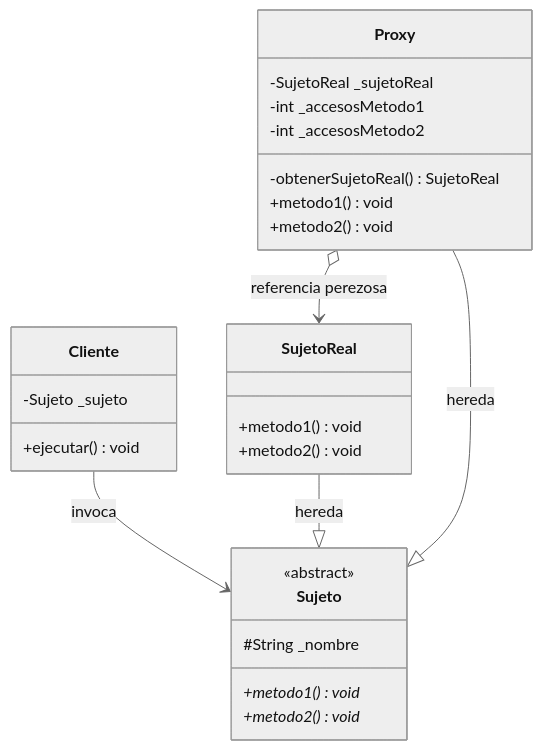
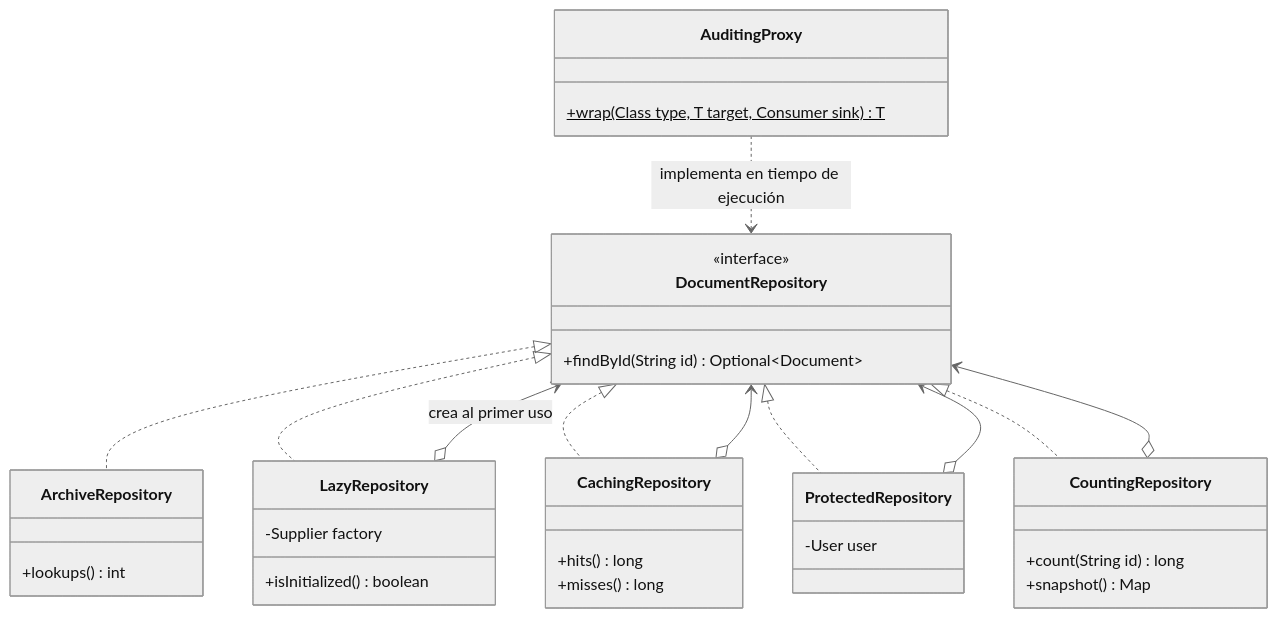
One commit to KevinAndrey96/patron-proxy changed the diagram in README.md. Above: the diagram before and after it, drawn with Mermaid (neutral theme). The commit also changed other lines of this file and 1 other file, not shown here.

````diff
--- a/README.md
+++ b/README.md
@@ -15,33 +95,38 @@
 ```mermaid
 classDiagram
-    class Sujeto {
-        <<abstract>>
-        #String _nombre
-        +metodo1()* void
-        +metodo2()* void
+    class DocumentRepository {
+        <<interface>>
+        +findById(String id) Optional~Document~
     }
-
-    class SujetoReal {
-        +metodo1() void
-        +metodo2() void
+    class ArchiveRepository {
+        +lookups() int
     }
-
-    class Proxy {
-        -SujetoReal _sujetoReal
-        -int _accesosMetodo1
-        -int _accesosMetodo2
-        -obtenerSujetoReal() SujetoReal
-        +metodo1() void
-        +metodo2() void
+    class LazyRepository {
+        -Supplier factory
+        +isInitialized() boolean
     }
-
-    class Cliente {
-        -Sujeto _sujeto
-        +ejecutar() void
+    class CachingRepository {
+        +hits() long
+        +misses() long
     }
-
-    Cliente --> Sujeto : invoca
-    SujetoReal --|> Sujeto : hereda
-    Proxy --|> Sujeto : hereda
-    Proxy o--> SujetoReal : referencia perezosa
+    class ProtectedRepository {
+        -User user
+    }
+    class CountingRepository {
+        +count(String id) long
+        +snapshot() Map
+    }
+    class AuditingProxy {
+        +wrap(Class type, T target, Consumer sink)$ T
+    }
+    DocumentRepository <|.. ArchiveRepository
+    DocumentRepository <|.. LazyRepository
+    DocumentRepository <|.. CachingRepository
+    DocumentRepository <|.. ProtectedRepository
+    DocumentRepository <|.. CountingRepository
+    LazyRepository o--> DocumentRepository : crea al primer uso
+    CachingRepository o--> DocumentRepository
+    ProtectedRepository o--> DocumentRepository
+    CountingRepository o--> DocumentRepository
+    AuditingProxy ..> DocumentRepository : implementa en tiempo de ejecución
 ```
````
